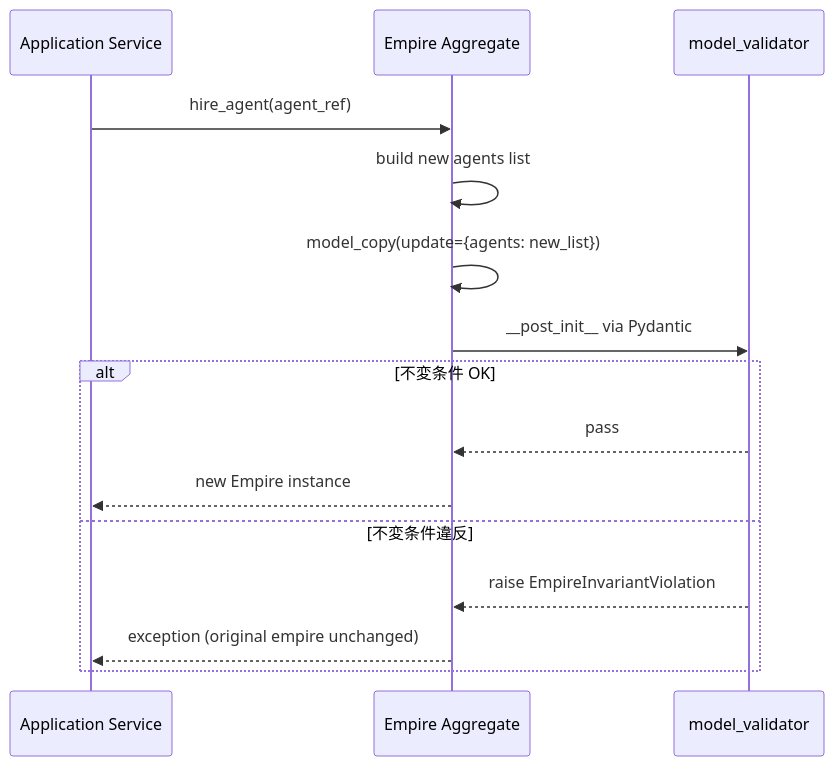
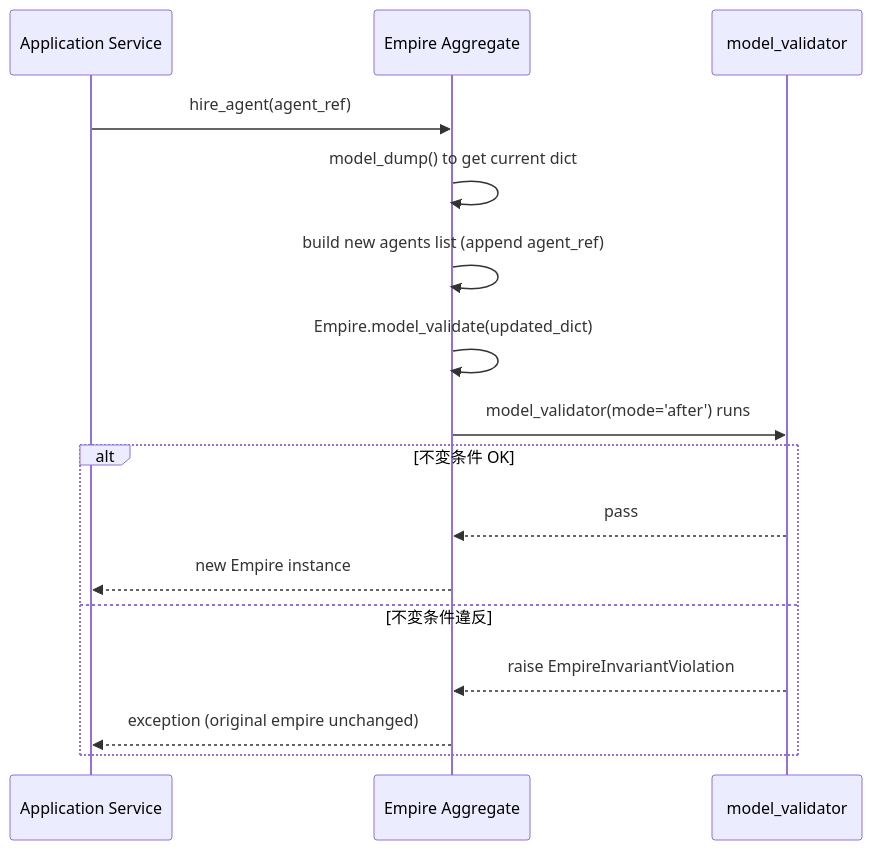
One commit to bakufu-dev/bakufu changed the second of 3 diagrams in docs/features/empire/basic-design.md. Above: the diagram before and after it, drawn with Mermaid. The commit also changed other lines of this file and 4 other files, not shown here.

````diff
--- a/docs/features/empire/basic-design.md
+++ b/docs/features/empire/basic-design.md
@@ -108,18 +109,19 @@
 ```mermaid
 sequenceDiagram
     participant App as Application Service
     participant Empire as Empire Aggregate
     participant Validator as model_validator
 
     App->>Empire: hire_agent(agent_ref)
-    Empire->>Empire: build new agents list
-    Empire->>Empire: model_copy(update={agents: new_list})
-    Empire->>Validator: __post_init__ via Pydantic
+    Empire->>Empire: model_dump() to get current dict
+    Empire->>Empire: build new agents list (append agent_ref)
+    Empire->>Empire: Empire.model_validate(updated_dict)
+    Empire->>Validator: model_validator(mode='after') runs
     alt 不変条件 OK
         Validator-->>Empire: pass
         Empire-->>App: new Empire instance
     else 不変条件違反
         Validator-->>Empire: raise EmpireInvariantViolation
         Empire-->>App: exception (original empire unchanged)
     end
 ```
````
